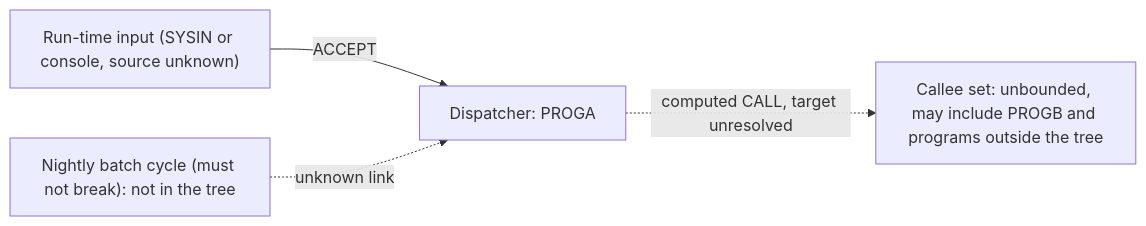
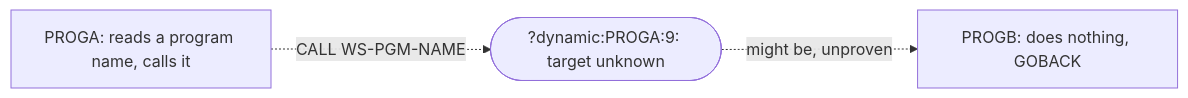
Before and after one commit to Sparq-Holding-Inc/claude-legacy-modernization: the diagram in evals/runs/02-dynamic-call/modernization-assessment/02-coupling.md, drawn with Mermaid. The commit also changed other lines of this file and 217 other files, not shown here.

````diff
--- a/evals/runs/02-dynamic-call/modernization-assessment/02-coupling.md
+++ b/evals/runs/02-dynamic-call/modernization-assessment/02-coupling.md
@@ -27,6 +46,8 @@
 ```mermaid
 graph LR
-  IN["Run-time input (SYSIN or console, source unknown)"] -->|ACCEPT| A["Dispatcher: PROGA"]
-  A -.->|"computed CALL, target unresolved"| U["Callee set: unbounded, may include PROGB and programs outside the tree"]
-  N["Nightly batch cycle (must not break): not in the tree"] -.->|"unknown link"| A
+  A["PROGA: reads a program name, calls it"]
+  B["PROGB: does nothing, GOBACK"]
+  D(["?dynamic:PROGA:9: target unknown"])
+  A -.->|"CALL WS-PGM-NAME"| D
+  D -. "might be, unproven" .-> B
 ```
````
